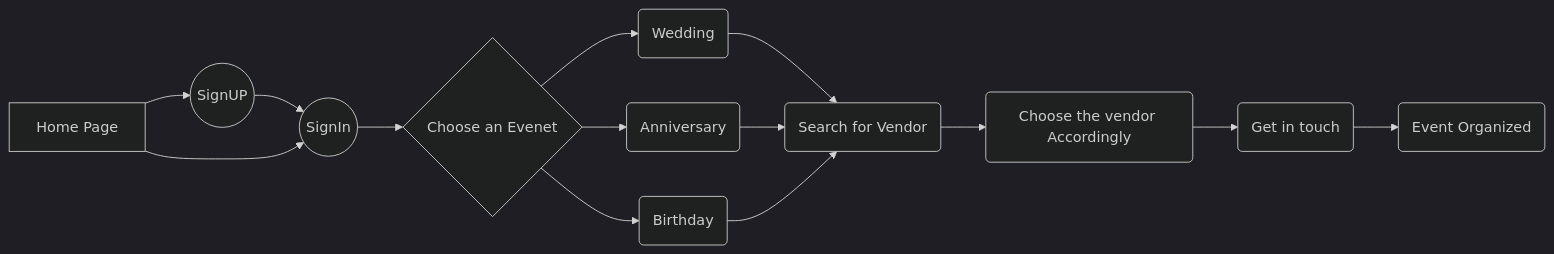
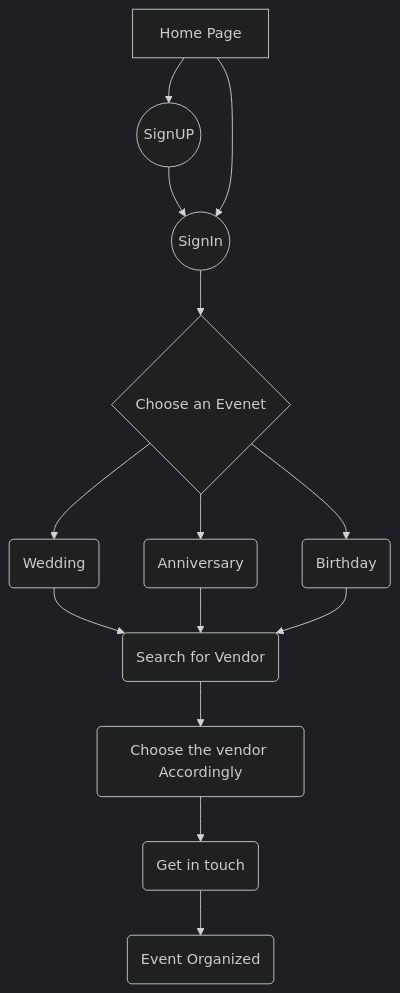
The first of 2 diagrams in README.md (Ruchika-aggarwal/Utsav-Event-Management-Website), drawn with Mermaid (dark theme) before and after one commit. The commit also changed other lines of this file, not shown here.

````diff
--- a/README.md
+++ b/README.md
@@ -12,16 +18,16 @@
 ```mermaid
-graph LR
+graph 
 A[Home Page] --> B((SignUP))
 B-->C
 A --> C((SignIn))
 C --> D{Choose an Evenet}
 D-->E(Wedding)
 D-->F(Anniversary)
 D-->G(Birthday)
 E-->H(Search for Vendor)
 F-->H(Search for Vendor)
 G-->H(Search for Vendor)
 H-->I(Choose the vendor Accordingly)
 I-->J(Get in touch)
 J-->K(Event Organized)
 ```
````
